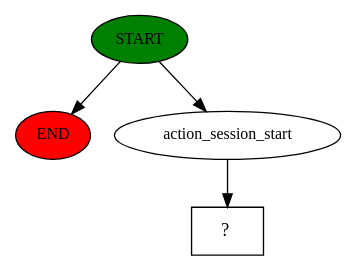
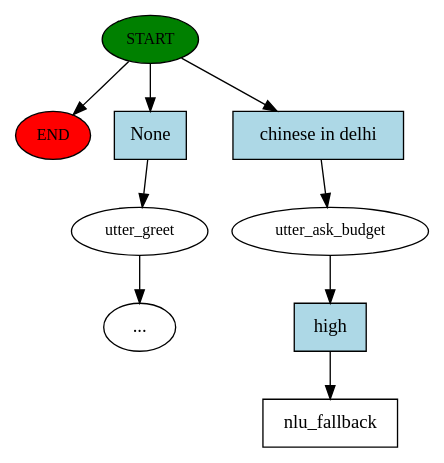
One commit to bipin-raju/FoodieChatBot changed the diagram in story_graph.dot. Above: the diagram before and after it, drawn with Graphviz. The commit also changed 8 other files, not shown here.

Commit message:
Completed Budget intent, working properly now but with errors

```diff
--- a/story_graph.dot
+++ b/story_graph.dot
@@ -1,9 +1,19 @@
 digraph  {
 0 [class="start active", fillcolor=green, fontsize=12, label=START, style=filled];
 "-1" [class=end, fillcolor=red, fontsize=12, label=END, style=filled];
-1 [class=active, fontsize=12, label=action_session_start];
-2 [class="intent dashed active", label="  ?  ", shape=rect];
+1 [class="", fontsize=12, label=utter_greet];
+"-17" [class=ellipsis, label="..."];
+16 [class=active, fontsize=12, label=utter_ask_budget];
+17 [class="intent dashed active", label=nlu_fallback, shape=rect];
+18 [class=intent, fillcolor=lightblue, label=None, shape=rect, style=filled];
+19 [class="intent active", fillcolor=lightblue, label="chinese in delhi", shape=rect, style=filled];
+20 [class="intent active", fillcolor=lightblue, label=high, shape=rect, style=filled];
 0 -> "-1"  [class="", key=NONE, label=""];
-0 -> 1  [class=active, key=NONE, label=""];
-1 -> 2  [class=active, key=NONE, label=""];
+0 -> 18  [class="", key=0];
+0 -> 19  [class=active, key=0];
+1 -> "-17"  [class="", key=NONE, label=""];
+16 -> 20  [class=active, key=0];
+18 -> 1  [class="", key=0];
+19 -> 16  [class=active, key=0];
+20 -> 17  [class=active, key=0];
 }
```
